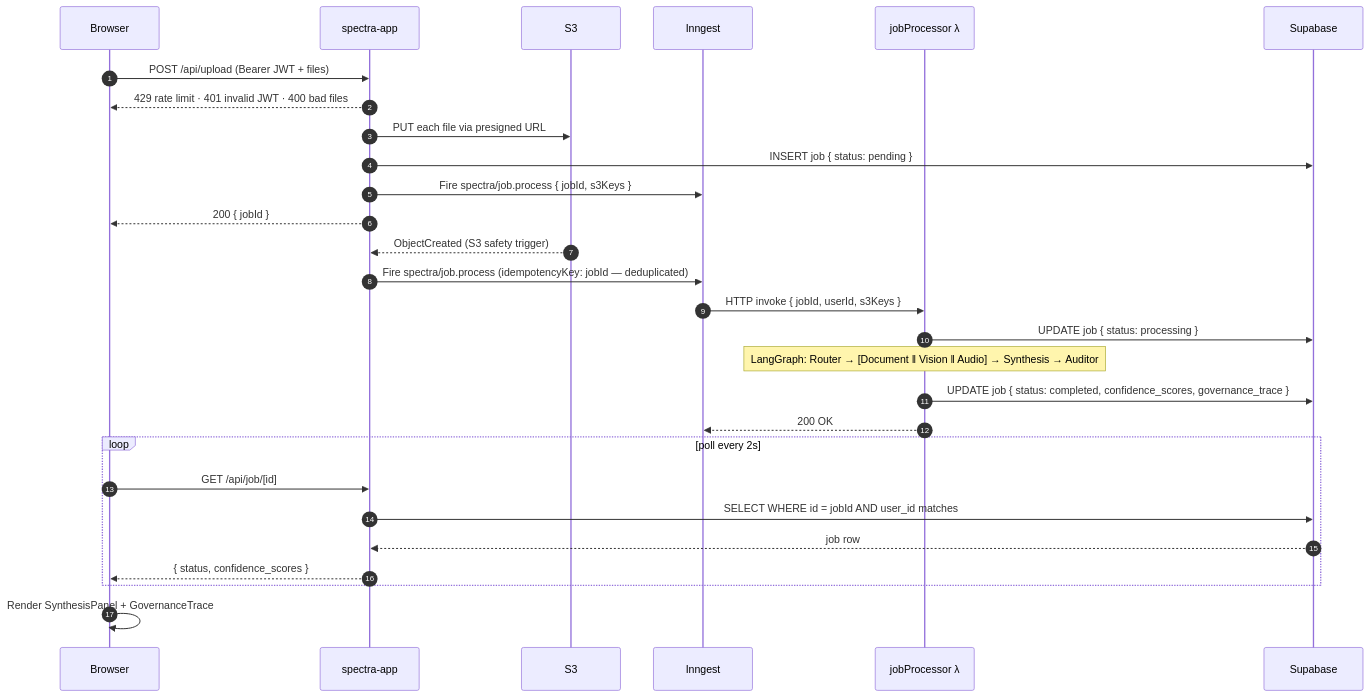
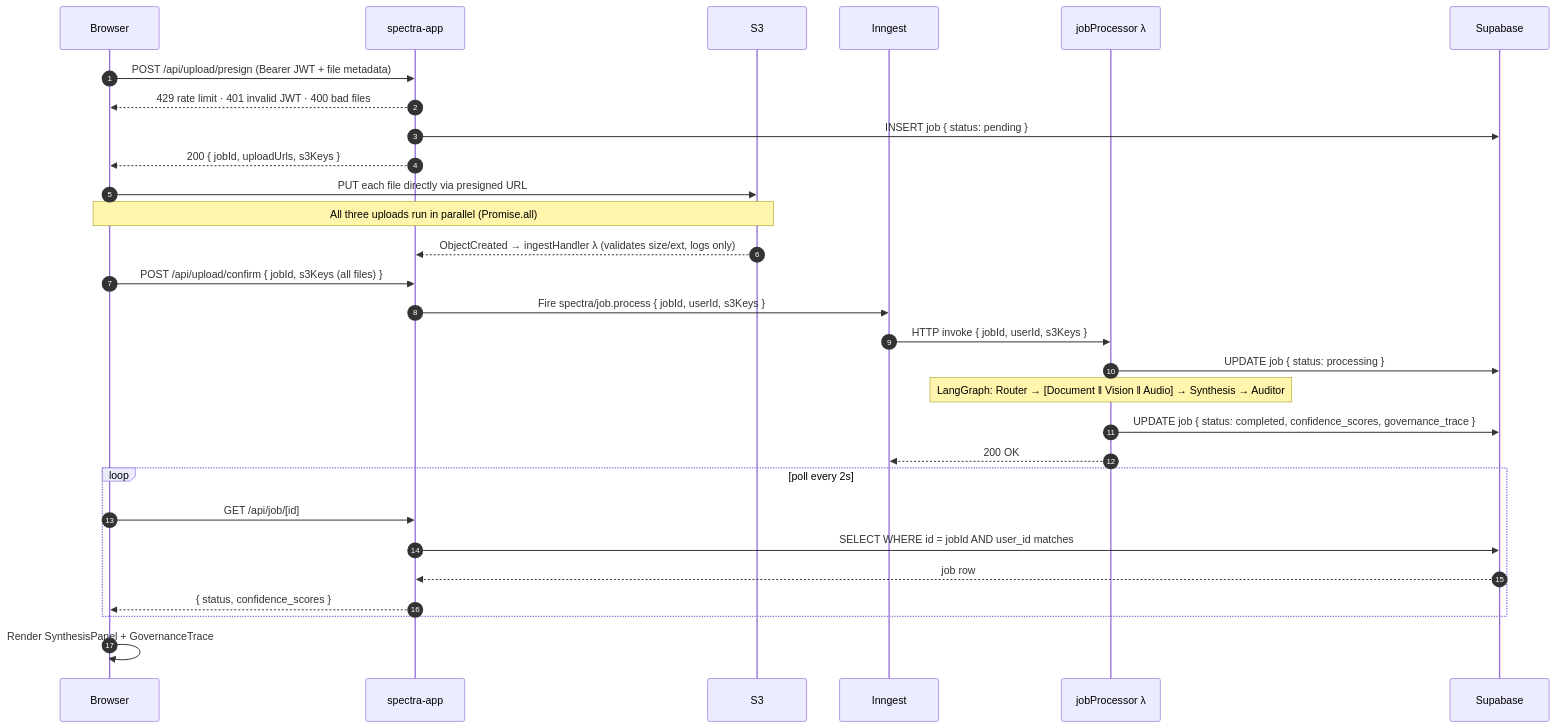
Before and after one commit to GeorgianaAI/spectra-ai: the second of 6 diagrams in docs/ARCHITECTURE_FLOWS.md, drawn with Mermaid. The commit also changed other lines of this file, not shown here.

Commit message:
docs: update upload flow diagram to reflect ingestHandler role change
ingestHandler no longer triggers Inngest. The confirm endpoint is now the
sole Inngest trigger, firing once after all files are uploaded with the
full s3Keys payload. Updated the sequence diagram, legend, and description
to match the corrected architecture.

````diff
--- a/docs/ARCHITECTURE_FLOWS.md
+++ b/docs/ARCHITECTURE_FLOWS.md
@@ -112,34 +112,34 @@
 ```mermaid
 sequenceDiagram
 autonumber
 participant B as Browser
 participant APP as spectra-app
 participant S3 as S3
 participant INN as Inngest
 participant PROC as jobProcessor λ
 participant DB as Supabase
 
-B->>APP: POST /api/upload (Bearer JWT + files)
+B->>APP: POST /api/upload/presign (Bearer JWT + file metadata)
 APP-->>B: 429 rate limit · 401 invalid JWT · 400 bad files
-APP->>S3: PUT each file via presigned URL
 APP->>DB: INSERT job { status: pending }
-APP->>INN: Fire spectra/job.process { jobId, s3Keys }
-APP-->>B: 200 { jobId }
-
-S3-->>APP: ObjectCreated (S3 safety trigger)
-APP->>INN: Fire spectra/job.process (idempotencyKey: jobId — deduplicated)
+APP-->>B: 200 { jobId, uploadUrls, s3Keys }
+B->>S3: PUT each file directly via presigned URL
+Note over B,S3: All three uploads run in parallel (Promise.all)
+S3-->>APP: ObjectCreated → ingestHandler λ (validates size/ext, logs only)
+B->>APP: POST /api/upload/confirm { jobId, s3Keys (all files) }
+APP->>INN: Fire spectra/job.process { jobId, userId, s3Keys }
 
 INN->>PROC: HTTP invoke { jobId, userId, s3Keys }
 PROC->>DB: UPDATE job { status: processing }
 Note over PROC: LangGraph: Router → [Document ‖ Vision ‖ Audio] → Synthesis → Auditor
 PROC->>DB: UPDATE job { status: completed, confidence_scores, governance_trace }
 PROC-->>INN: 200 OK
 
 loop poll every 2s
     B->>APP: GET /api/job/[id]
     APP->>DB: SELECT WHERE id = jobId AND user_id matches
     DB-->>APP: job row
     APP-->>B: { status, confidence_scores }
 end
 B->>B: Render SynthesisPanel + GovernanceTrace
 ```
````
